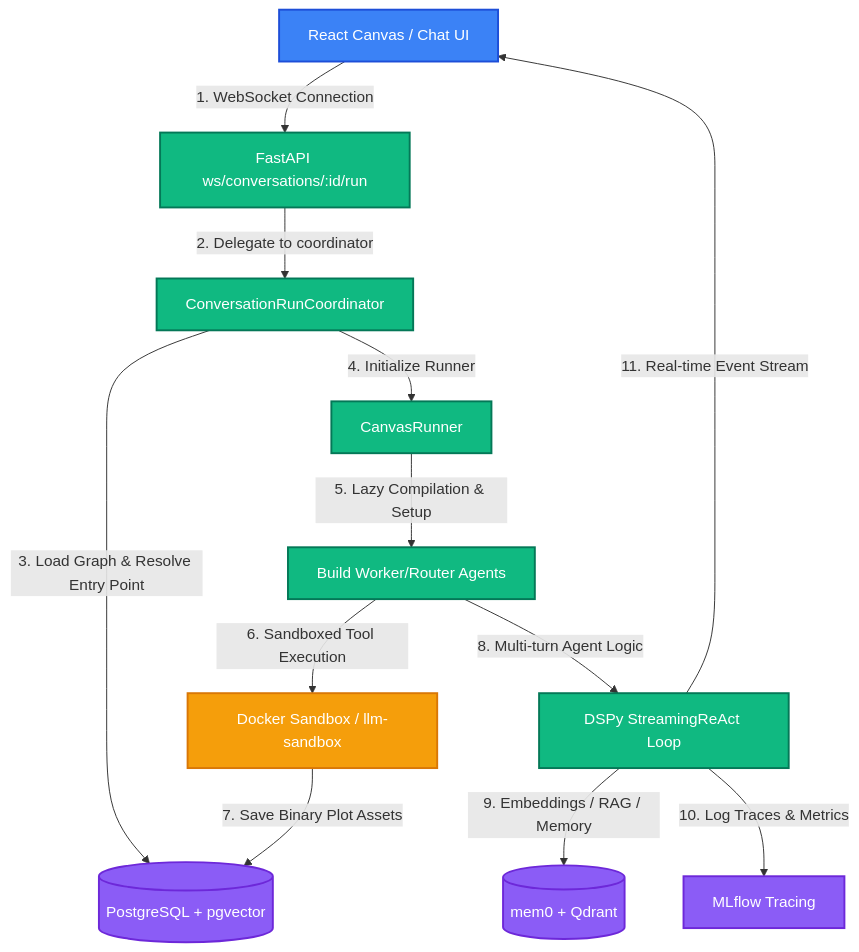
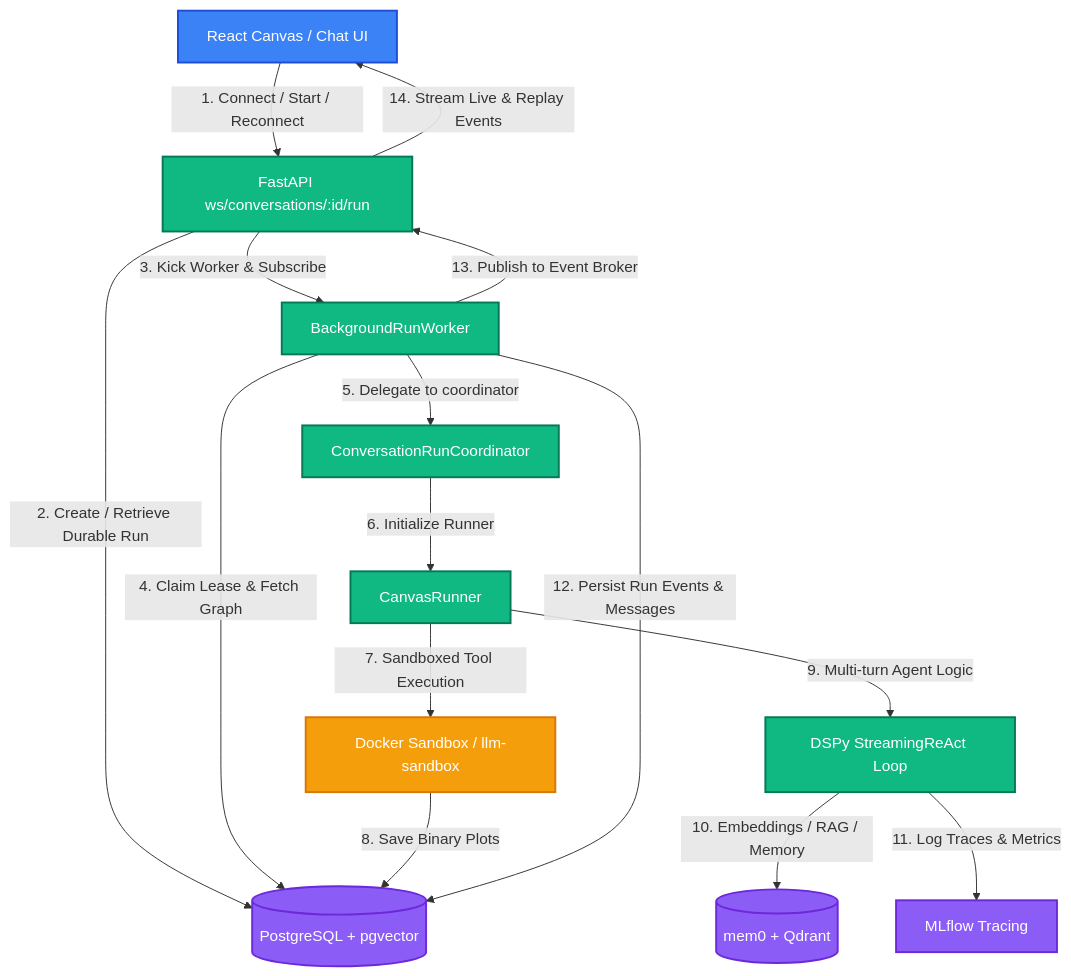
Before and after one commit to manojmanivannan/AgentGraphStudio: the diagram in README.md, drawn with Mermaid. The commit also changed 2 other files, not shown here.

Commit message:
update adr 0005 docs

````diff
--- a/README.md
+++ b/README.md
@@ -43,19 +43,22 @@
 ```mermaid
 graph TD
     classDef frontend fill:#3b82f6,stroke:#1d4ed8,stroke-width:2px,color:#fff;
     classDef backend fill:#10b981,stroke:#047857,stroke-width:2px,color:#fff;
     classDef storage fill:#8b5cf6,stroke:#6d28d9,stroke-width:2px,color:#fff;
     classDef sandbox fill:#f59e0b,stroke:#d97706,stroke-width:2px,color:#fff;
 
-    A["React Canvas / Chat UI"]:::frontend -->|1. WebSocket Connection| B["FastAPI ws/conversations/:id/run"]:::backend
-    B -->|2. Delegate to coordinator| J["ConversationRunCoordinator"]:::backend
-    J -->|3. Load Graph & Resolve Entry Point| C[("PostgreSQL + pgvector")]:::storage
-    J -->|4. Initialize Runner| D["CanvasRunner"]:::backend
-    D -->|5. Lazy Compilation & Setup| E["Build Worker/Router Agents"]:::backend
-    E -->|6. Sandboxed Tool Execution| F["Docker Sandbox / llm-sandbox"]:::sandbox
-    F -->|7. Save Binary Plot Assets| C
-    E -->|8. Multi-turn Agent Logic| G["DSPy StreamingReAct Loop"]:::backend
-    G -->|9. Embeddings / RAG / Memory| H[("mem0 + Qdrant")]:::storage
-    G -->|10. Log Traces & Metrics| I["MLflow Tracing"]:::storage
-    G -->|11. Real-time Event Stream| A
+    A["React Canvas / Chat UI"]:::frontend -->|1. Connect / Start / Reconnect| B["FastAPI ws/conversations/:id/run"]:::backend
+    B -->|2. Create / Retrieve Durable Run| C[("PostgreSQL + pgvector")]:::storage
+    B -->|3. Kick Worker & Subscribe| W["BackgroundRunWorker"]:::backend
+    W -->|4. Claim Lease & Fetch Graph| C
+    W -->|5. Delegate to coordinator| J["ConversationRunCoordinator"]:::backend
+    J -->|6. Initialize Runner| D["CanvasRunner"]:::backend
+    D -->|7. Sandboxed Tool Execution| F["Docker Sandbox / llm-sandbox"]:::sandbox
+    F -->|8. Save Binary Plots| C
+    D -->|9. Multi-turn Agent Logic| G["DSPy StreamingReAct Loop"]:::backend
+    G -->|10. Embeddings / RAG / Memory| H[("mem0 + Qdrant")]:::storage
+    G -->|11. Log Traces & Metrics| I["MLflow Tracing"]:::storage
+    W -->|12. Persist Run Events & Messages| C
+    W -->|13. Publish to Event Broker| B
+    B -->|14. Stream Live & Replay Events| A
 ```
````
